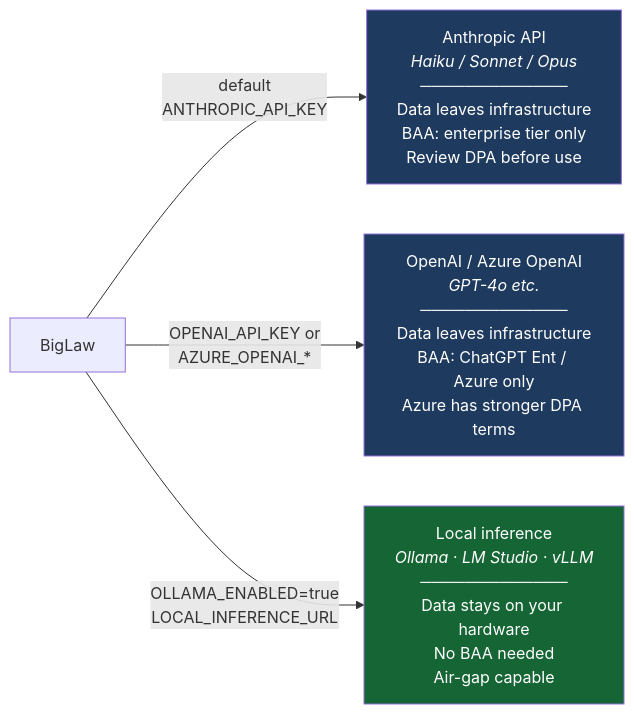
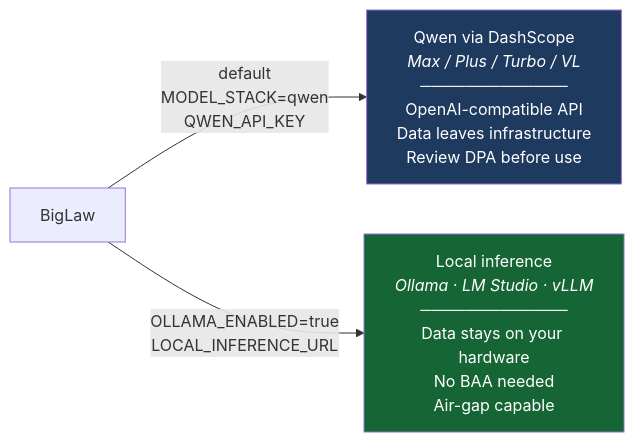
One commit to discover-legal/BigLaw changed the first of 4 diagrams in README.md. Above: the diagram before and after it, drawn with Mermaid. The commit also changed other lines of this file and 54 other files, not shown here.

First line of the commit message:
feat: open, private, multimodal platform — Qwen stack, RLS persistence, vendor breaker

````diff
--- a/README.md
+++ b/README.md
@@ -129,14 +129,11 @@
 ```mermaid
 flowchart LR
     BL["BigLaw"]
 
-    BL -->|"default<br/>ANTHROPIC_API_KEY"| ANT["Anthropic API<br/><i>Haiku / Sonnet / Opus</i><br/>─────────────<br/>Data leaves infrastructure<br/>BAA: enterprise tier only<br/>Review DPA before use"]
-
-    BL -->|"OPENAI_API_KEY or<br/>AZURE_OPENAI_*"| OAI["OpenAI / Azure OpenAI<br/><i>GPT-4o etc.</i><br/>─────────────<br/>Data leaves infrastructure<br/>BAA: ChatGPT Ent / Azure only<br/>Azure has stronger DPA terms"]
+    BL -->|"default<br/>MODEL_STACK=qwen<br/>QWEN_API_KEY"| QWEN["Qwen via DashScope<br/><i>Max / Plus / Turbo / VL</i><br/>─────────────<br/>OpenAI-compatible API<br/>Data leaves infrastructure<br/>Review DPA before use"]
 
     BL -->|"OLLAMA_ENABLED=true<br/>LOCAL_INFERENCE_URL"| LOC["Local inference<br/><i>Ollama · LM Studio · vLLM</i><br/>─────────────<br/>Data stays on your hardware<br/>No BAA needed<br/>Air-gap capable"]
 
     style LOC fill:#166534,color:#fff
-    style ANT fill:#1e3a5f,color:#fff
-    style OAI fill:#1e3a5f,color:#fff
+    style QWEN fill:#1e3a5f,color:#fff
 ```
````
